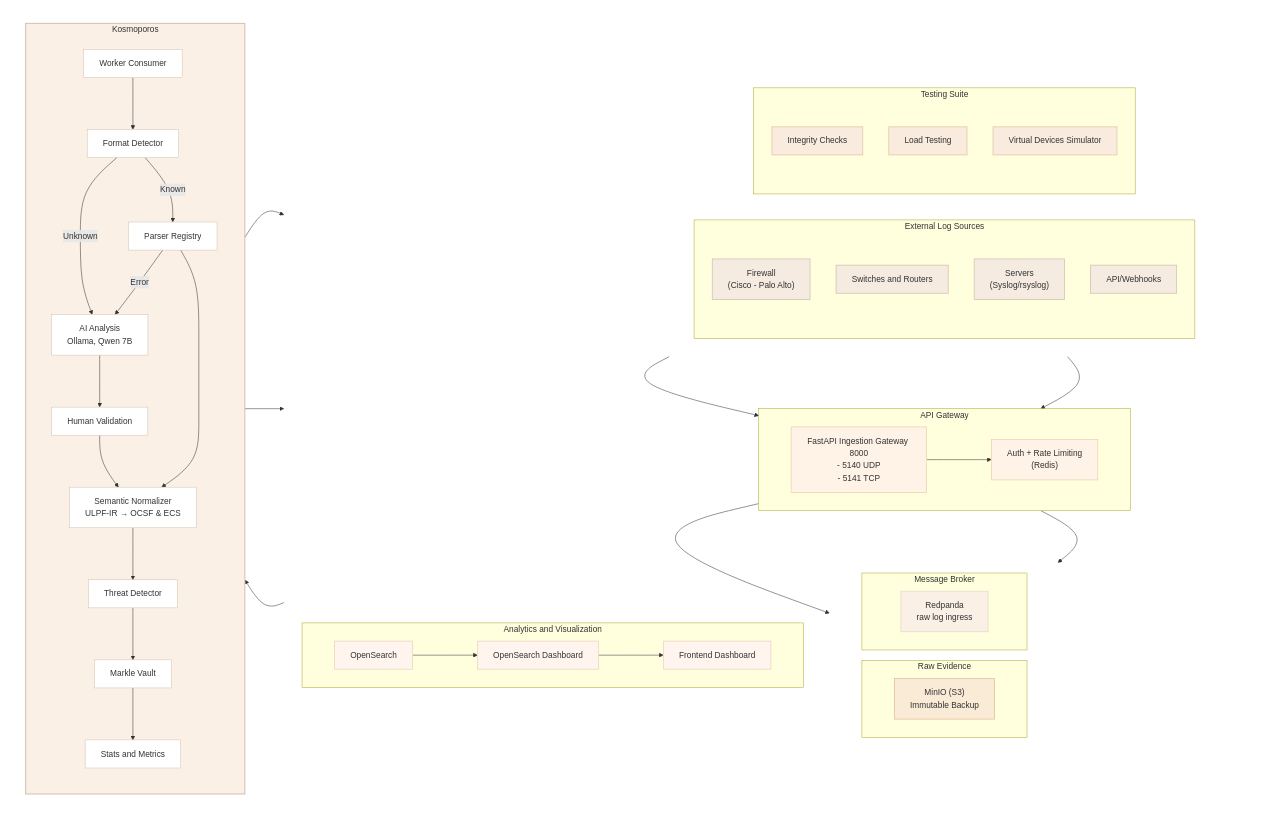
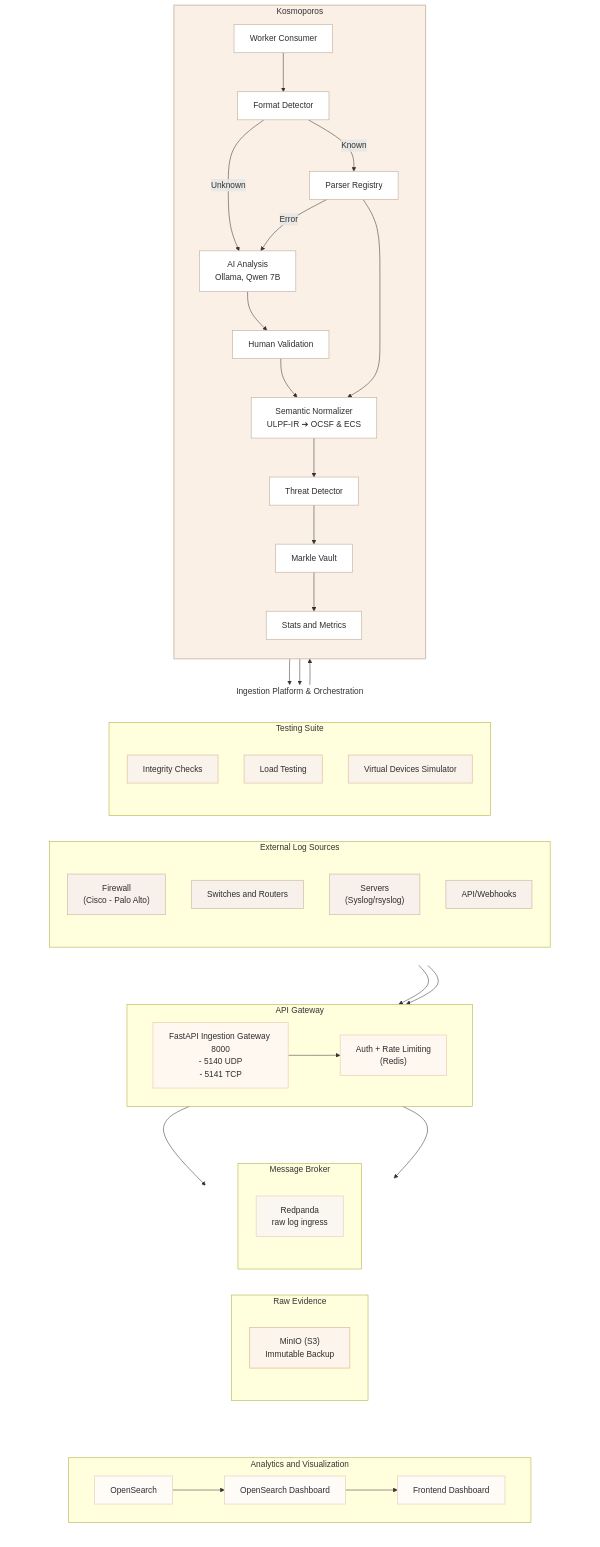
Before and after one commit to sujaljondhale/ulpf-new: the diagram in README.md, drawn with Mermaid.

Commit message:
Revise flow chart with updated styles and layout
Updated the flow chart in the README to reflect new color palettes and layout changes.

````diff
--- a/README.md
+++ b/README.md
@@ -77,105 +77,116 @@
 ```mermaid
-graph TD
-    %% Muted Light Pastel Color Palette
-    classDef extColor fill:#F5EBE0,stroke:#D3C2B0,stroke-width:1.5px,color:#333;
-    classDef testColor fill:#F9EBDD,stroke:#E6C5A8,stroke-width:1.5px,color:#333;
-    classDef apiColor fill:#FFF2E6,stroke:#F0D2B5,stroke-width:1.5px,color:#333;
-    classDef rawColor fill:#FAEBD7,stroke:#E3C09A,stroke-width:1.5px,color:#333;
-    classDef brokerColor fill:#FAF0E6,stroke:#E8D8C8,stroke-width:1.5px,color:#333;
-    classDef anaColor fill:#FFF5EE,stroke:#EAD5C3,stroke-width:1.5px,color:#333;
-    classDef kosmoNode fill:#FFFFFF,stroke:#D3C2B0,stroke-width:1px,color:#333;
+graph TB
+    %% Muted Light Pastel Color Palette Configuration
+    classDef extColor fill:#F8F1EB,stroke:#D3C2B0,stroke-width:1.5px,color:#2D2D2D;
+    classDef testColor fill:#FAF3EB,stroke:#E6C5A8,stroke-width:1.5px,color:#2D2D2D;
+    classDef apiColor fill:#FFF8F0,stroke:#F0D2B5,stroke-width:1.5px,color:#2D2D2D;
+    classDef rawColor fill:#FDF5EB,stroke:#E3C09A,stroke-width:1.5px,color:#2D2D2D;
+    classDef brokerColor fill:#FAF6F0,stroke:#E8D8C8,stroke-width:1.5px,color:#2D2D2D;
+    classDef anaColor fill:#FFFBF7,stroke:#EAD5C3,stroke-width:1.5px,color:#2D2D2D;
+    classDef kosmoNode fill:#FFFFFF,stroke:#C2B09E,stroke-width:1.2px,color:#2D2D2D;
 
-    %% Layout Structure: Main split into Left Platform and Right Processing
-    subgraph MainLayout[" "]
-        direction LR
+    %% ==========================================
+    %% LEFT CONTAINER COLUMN (Ingestion Pipeline)
+    %% ==========================================
+    subgraph IngestionSystem["Ingestion Platform & Orchestration"]
+        direction TB
 
-        %% LEFT SIDE PLATFORM
-        subgraph LeftPlatform[" "]
-            direction TB
-
-            %% Top Row: External Sources & Testing side-by-side
-            subgraph TopRow[" "]
-                direction LR
-                subgraph ExternalLogSources["External Log Sources"]
-                    direction TB
-                    FW["Firewall<br>(Cisco - Palo Alto)"]
-                    SW["Switches and Routers"]
-                    SRV["Servers<br>(Syslog/rsyslog)"]
-                    API["API/Webhooks"]
-                end
-
-                subgraph TestingSuite["Testing Suite"]
-                    direction TB
-                    IC["Integrity Checks"]
-                    LT["Load Testing"]
-                    VDS["Virtual Devices Simulator"]
-                end
-            end
-            style TopRow fill:none,stroke:none;
-
-            %% Middle Row: API Gateway Ingestion
-            subgraph APIGateway["API Gateway"]
-                direction LR
-                FIG["FastAPI Ingestion Gateway 8000<br>- 5140 UDP<br>- 5141 TCP"] --> ARL["Auth + Rate Limiting<br>(Redis)"]
+        %% Top Row: External Sources & Testing Side-by-Side Grid
+        subgraph TopGrid[" "]
+            direction LR
+            subgraph ExternalLogSources["External Log Sources"]
+                direction TB
+                FW["Firewall<br>(Cisco - Palo Alto)"]
+                SW["Switches and Routers"]
+                SRV["Servers<br>(Syslog/rsyslog)"]
+                API["API/Webhooks"]
             end
 
-            %% Data Destinations Row
-            subgraph DataLayer[" "]
-                direction LR
-                subgraph RawEvidence["Raw Evidence"]
-                    RE["MinIO (S3)<br>Immutable Backup"]
-                end
-                subgraph MessageBroker["Message Broker"]
-                    RP["Redpanda<br>raw log ingress"]
-                end
-            end
-            style DataLayer fill:none,stroke:none;
-
-            %% Bottom Row: Analytics
-            subgraph AnalyticsAndVisualization["Analytics and Visualization"]
-                direction LR
-                OS["OpenSearch"] --> OSD["OpenSearch Dashboard"]
-                FDASH["Frontend Dashboard"]
-                OSD --> FDASH
+            subgraph TestingSuite["Testing Suite"]
+                direction TB
+                IC["Integrity Checks"]
+                LT["Load Testing"]
+                VDS["Virtual Devices Simulator"]
             end
         end
-        style LeftPlatform fill:none,stroke:none;
+        style TopGrid fill:none,stroke:none;
 
-        %% RIGHT SIDE PLATFORM (Processing Pipeline)
-        subgraph Kosmoporos["Kosmoporos"]
-            direction TB
-            WC["Worker Consumer"] --> FD["Format Detector"]
-            
-            %% Processing Split
-            FD -- Known --> PR["Parser Registry"]
-            FD -- Unknown --> AI["AI Analysis<br>Ollama, Qwen 7B"]
-            PR -- Error --> AI
-            
-            AI --> HV["Human Validation"]
-            HV --> SN["Semantic Normalizer<br>ULPF-IR → OCSF & ECS"]
-            PR --> SN
-            
-            SN --> TD["Threat Detector"]
-            TD --> MV["Markle Vault"]
-            MV --> SM["Stats and Metrics"]
+        %% Middle Row: API Gateway Component Block
+        subgraph APIGateway["API Gateway"]
+            direction LR
+            FIG["FastAPI Ingestion Gateway 8000<br>- 5140 UDP<br>- 5141 TCP"] --> ARL["Auth + Rate Limiting<br>(Redis)"]
         end
-        style Kosmoporos fill:#FAF0E6,stroke:#D3C2B0,stroke-width:2px;
 
+        %% Mid-Bottom Row: Storage and Queue Targets Side-by-Side
+        subgraph TargetGrid[" "]
+            direction LR
+            subgraph RawEvidence["Raw Evidence"]
+                direction TB
+                RE["MinIO (S3)<br>Immutable Backup"]
+            end
+            subgraph MessageBroker["Message Broker"]
+                direction TB
+                RP["Redpanda<br>raw log ingress"]
+            end
+        end
+        style TargetGrid fill:none,stroke:none;
+
+        %% Bottom Row: Visualization Unit
+        subgraph AnalyticsAndVisualization["Analytics and Visualization"]
+            direction LR
+            OS["OpenSearch"] --> OSD["OpenSearch Dashboard"]
+            FDASH["Frontend Dashboard"]
+            OSD --> FDASH
+        end
+        
+        %% Internal Layout Constrainers (Forces strict Top-to-Bottom column alignment)
+        ExternalLogSources ~~~ FIG ~~~ RawEvidence
+        TestingSuite ~~~ ARL ~~~ MessageBroker
+        RawEvidence ~~~ OS
+        MessageBroker ~~~ FDASH
+        
     end
-    style MainLayout fill:none,stroke:none;
+    style IngestionSystem fill:none,stroke:none;
 
-    %% Connecting Pipelines
+    %% ==========================================
+    %% RIGHT CONTAINER COLUMN (Processing Pipeline)
+    %% ==========================================
+    subgraph Kosmoporos["Kosmoporos"]
+        direction TB
+        WC["Worker Consumer"] --> FD["Format Detector"]
+        
+        %% Processing Split & Error Handling Loops
+        FD -->|Unknown| AI["AI Analysis<br>Ollama, Qwen 7B"]
+        FD -->|Known| PR["Parser Registry"]
+        PR -->|Error| AI
+        
+        AI --> HV["Human Validation"]
+        HV --> SN["Semantic Normalizer<br>ULPF-IR ➔ OCSF & ECS"]
+        PR --> SN
+        
+        SN --> TD["Threat Detector"]
+        TD --> MV["Markle Vault"]
+        MV --> SM["Stats and Metrics"]
+        
+        %% Grid balance constraints inside Kosmoporos container
+        PR ~~~ HV
+    end
+    style Kosmoporos fill:#FAF0E6,stroke:#D3C2B0,stroke-width:2px;
+
+    %% ==========================================
+    %% GLOBAL INTER-COMPONENT ROUTING PATHS
+    %% ==========================================
     ExternalLogSources --> FIG
     TestingSuite --> FIG
     FIG --> RE
     ARL --> RP
     
-    %% Inter-system Flows
+    %% Cross-Pipeline Pipeline Links
     RP --> WC
     TD --> OS
     SM --> FDASH
 
-    %% Color Assignments
+    %% Color Mapping Bindings
     class FW,SW,SRV,API extColor;
     class IC,LT,VDS testColor;
     class FIG,ARL apiColor;
````
